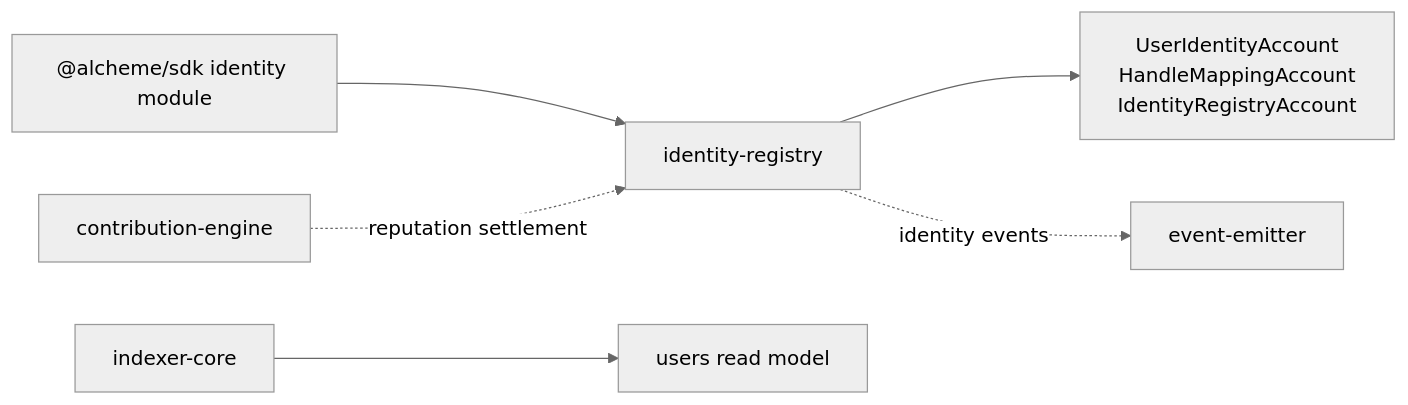
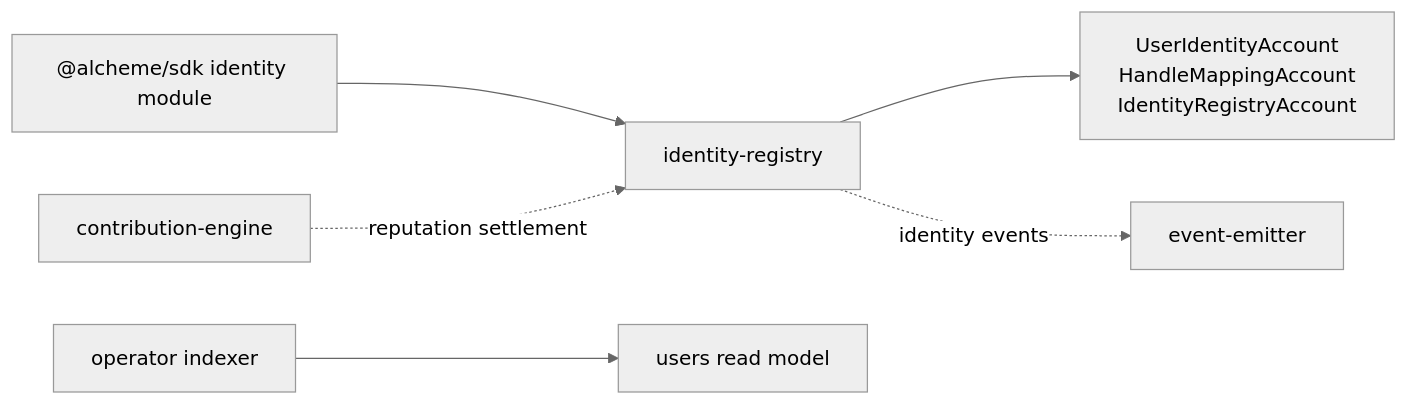
Before and after one commit to alcheme-labs/alcheme-protocol: the first of 2 diagrams in programs/identity-registry/README.md, drawn with Mermaid (neutral theme). The commit also changed other lines of this file and 11 other files, not shown here.

````diff
--- a/programs/identity-registry/README.md
+++ b/programs/identity-registry/README.md
@@ -9,8 +9,8 @@
 ```mermaid
 flowchart LR
     sdk["@alcheme/sdk identity module"] --> program["identity-registry"]
     extension["contribution-engine"] -. "reputation settlement" .-> program
     program --> accounts["UserIdentityAccount\nHandleMappingAccount\nIdentityRegistryAccount"]
     program -. "identity events" .-> event["event-emitter"]
-    indexer["indexer-core"] --> readmodel["users read model"]
+    indexer["operator indexer"] --> readmodel["users read model"]
 ```
````
